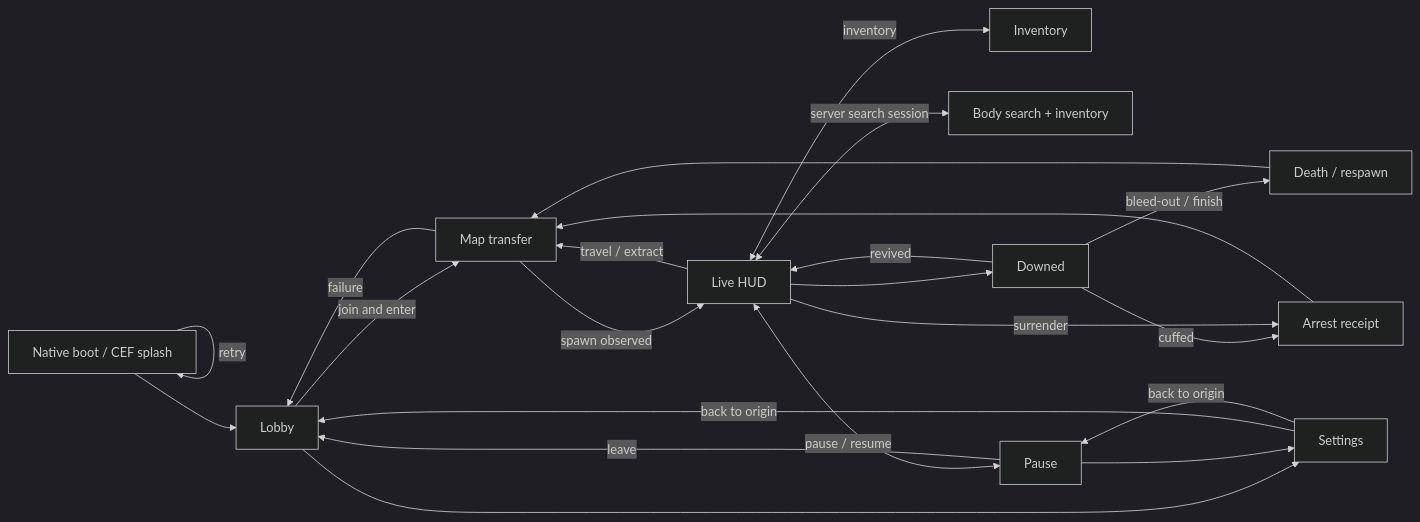
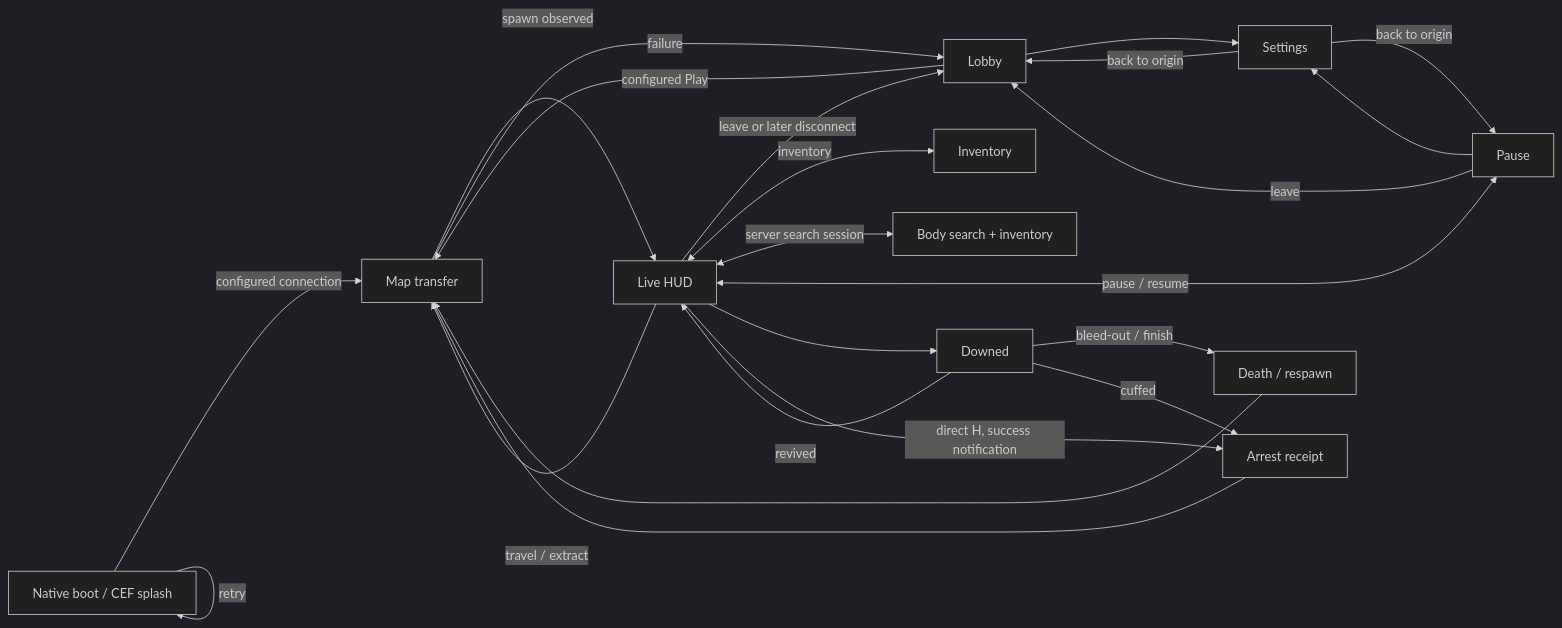
Before and after one commit to mysbryce/finalrun-sh: the diagram in docs/ui-design/README.md, drawn with Mermaid (dark theme). The commit also changed other lines of this file and 24 other files, not shown here.

````diff
--- a/docs/ui-design/README.md
+++ b/docs/ui-design/README.md
@@ -24,24 +24,25 @@
 ```mermaid
 flowchart LR
-  Boot["Native boot / CEF splash"] --> Lobby["Lobby"]
+  Boot["Native boot / CEF splash"] -->|configured connection| Transfer["Map transfer"]
+  Lobby["Lobby"] -->|configured Play| Transfer
   Boot -->|retry| Boot
-  Lobby -->|join and enter| Transfer["Map transfer"]
+  HUD["Live HUD"] -->|leave or later disconnect| Lobby
   Lobby --> Settings["Settings"]
   Settings -->|back to origin| Lobby
-  Transfer -->|spawn observed| HUD["Live HUD"]
+  Transfer -->|spawn observed| HUD
   Transfer -->|failure| Lobby
   HUD <-->|inventory| Inventory["Inventory"]
   HUD <-->|server search session| Search["Body search + inventory"]
   HUD <-->|pause / resume| Pause["Pause"]
   Pause --> Settings
   Settings -->|back to origin| Pause
   Pause -->|leave| Lobby
   HUD --> Downed["Downed"]
   Downed -->|revived| HUD
   Downed -->|bleed-out / finish| Death["Death / respawn"]
   Downed -->|cuffed| Arrest["Arrest receipt"]
-  HUD -->|surrender| Arrest
+  HUD -->|direct H, success notification| Arrest
   Death --> Transfer
   Arrest --> Transfer
   HUD -->|travel / extract| Transfer
 ```
````
